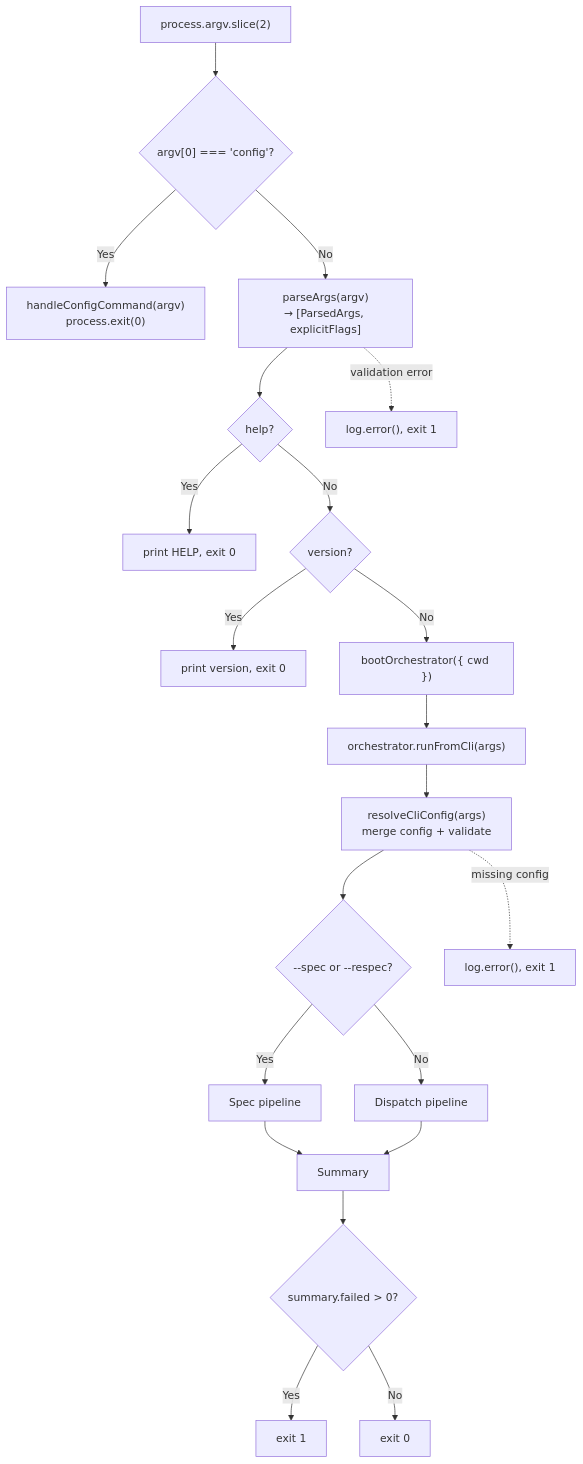
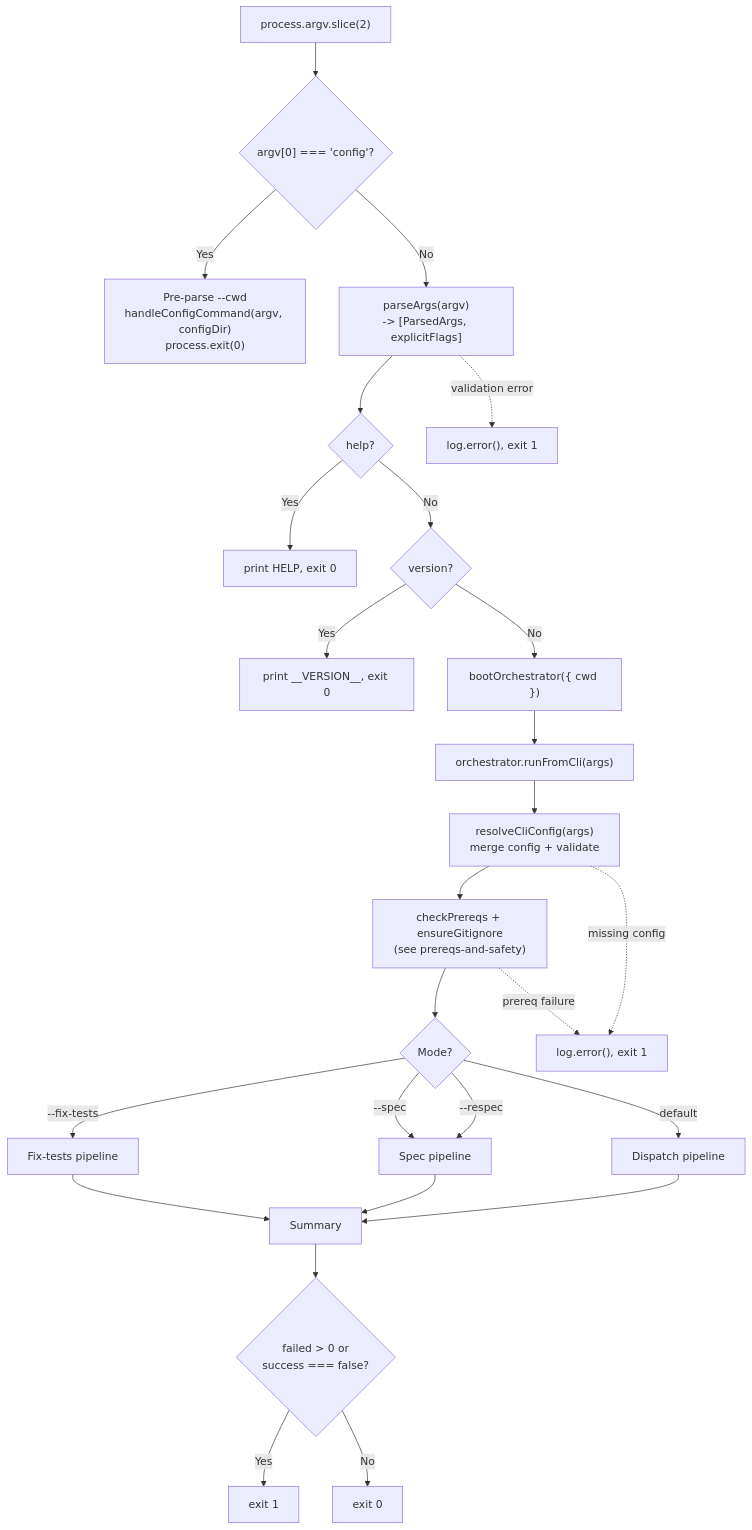
The second of 2 diagrams in docs/cli-orchestration/cli.md (PatrickRuddiman/Dispatch), drawn with Mermaid before and after one commit. The commit also changed other lines of this file and 66 other files, not shown here.

````diff
--- a/docs/cli-orchestration/cli.md
+++ b/docs/cli-orchestration/cli.md
@@ -389,23 +371,28 @@
 ```mermaid
 flowchart TD
     A["process.argv.slice(2)"] --> B{"argv[0] === 'config'?"}
-    B -->|Yes| C["handleConfigCommand(argv)<br/>process.exit(0)"]
-    B -->|No| D["parseArgs(argv)<br/>→ [ParsedArgs, explicitFlags]"]
+    B -->|Yes| C["Pre-parse --cwd<br/>handleConfigCommand(argv, configDir)<br/>process.exit(0)"]
+    B -->|No| D["parseArgs(argv)<br/>-> [ParsedArgs, explicitFlags]"]
     D --> E{"help?"}
     E -->|Yes| F["print HELP, exit 0"]
     E -->|No| G{"version?"}
-    G -->|Yes| H["print version, exit 0"]
+    G -->|Yes| H["print __VERSION__, exit 0"]
     G -->|No| I["bootOrchestrator({ cwd })"]
     I --> J["orchestrator.runFromCli(args)"]
     J --> K["resolveCliConfig(args)<br/>merge config + validate"]
-    K --> L{"--spec or --respec?"}
-    L -->|Yes| M["Spec pipeline"]
-    L -->|No| N["Dispatch pipeline"]
-    M --> O["Summary"]
-    N --> O
-    O --> P{"summary.failed > 0?"}
-    P -->|Yes| Q["exit 1"]
-    P -->|No| R["exit 0"]
-    D -.->|validation error| S["log.error(), exit 1"]
-    K -.->|missing config| T["log.error(), exit 1"]
+    K --> L["checkPrereqs + ensureGitignore<br/>(see prereqs-and-safety)"]
+    L --> M{"Mode?"}
+    M -->|--fix-tests| N["Fix-tests pipeline"]
+    M -->|--spec| O["Spec pipeline"]
+    M -->|--respec| O
+    M -->|default| P["Dispatch pipeline"]
+    N --> Q["Summary"]
+    O --> Q
+    P --> Q
+    Q --> R{"failed > 0 or<br/>success === false?"}
+    R -->|Yes| S["exit 1"]
+    R -->|No| T["exit 0"]
+    D -.->|validation error| U["log.error(), exit 1"]
+    K -.->|missing config| V["log.error(), exit 1"]
+    L -.->|prereq failure| V
 ```
````
